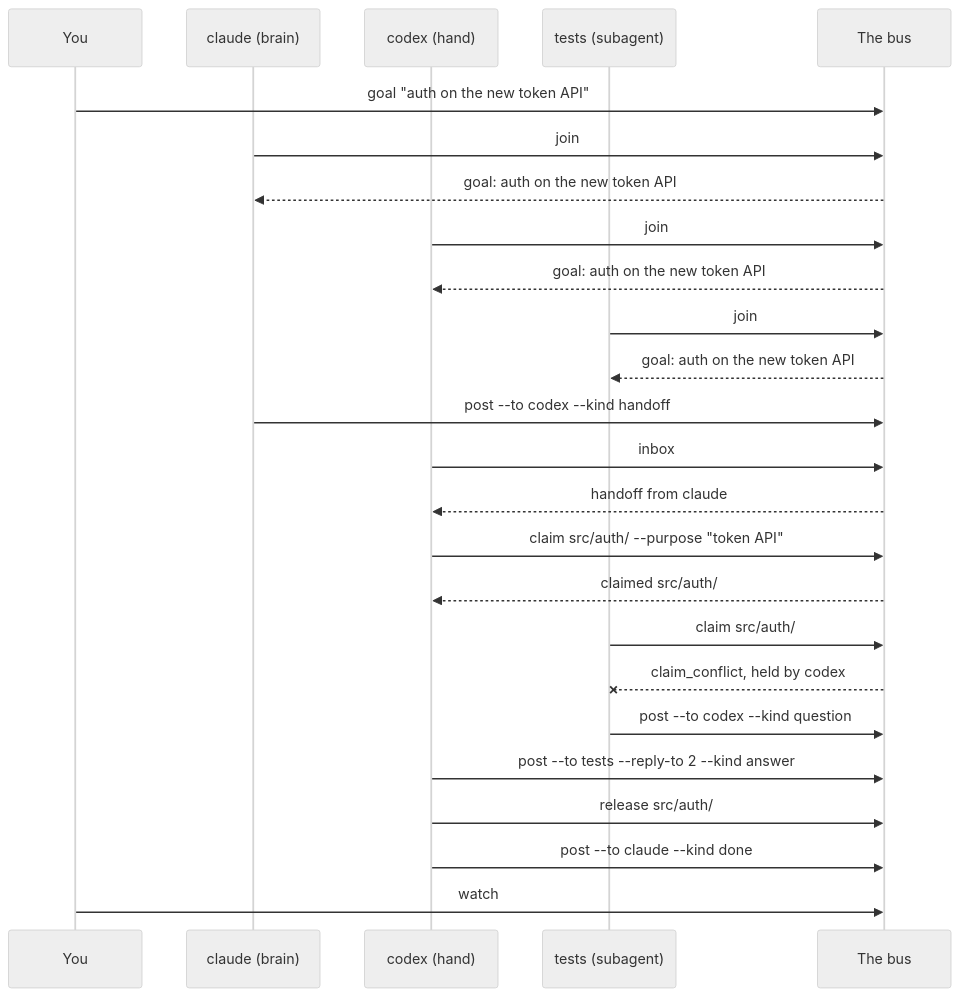
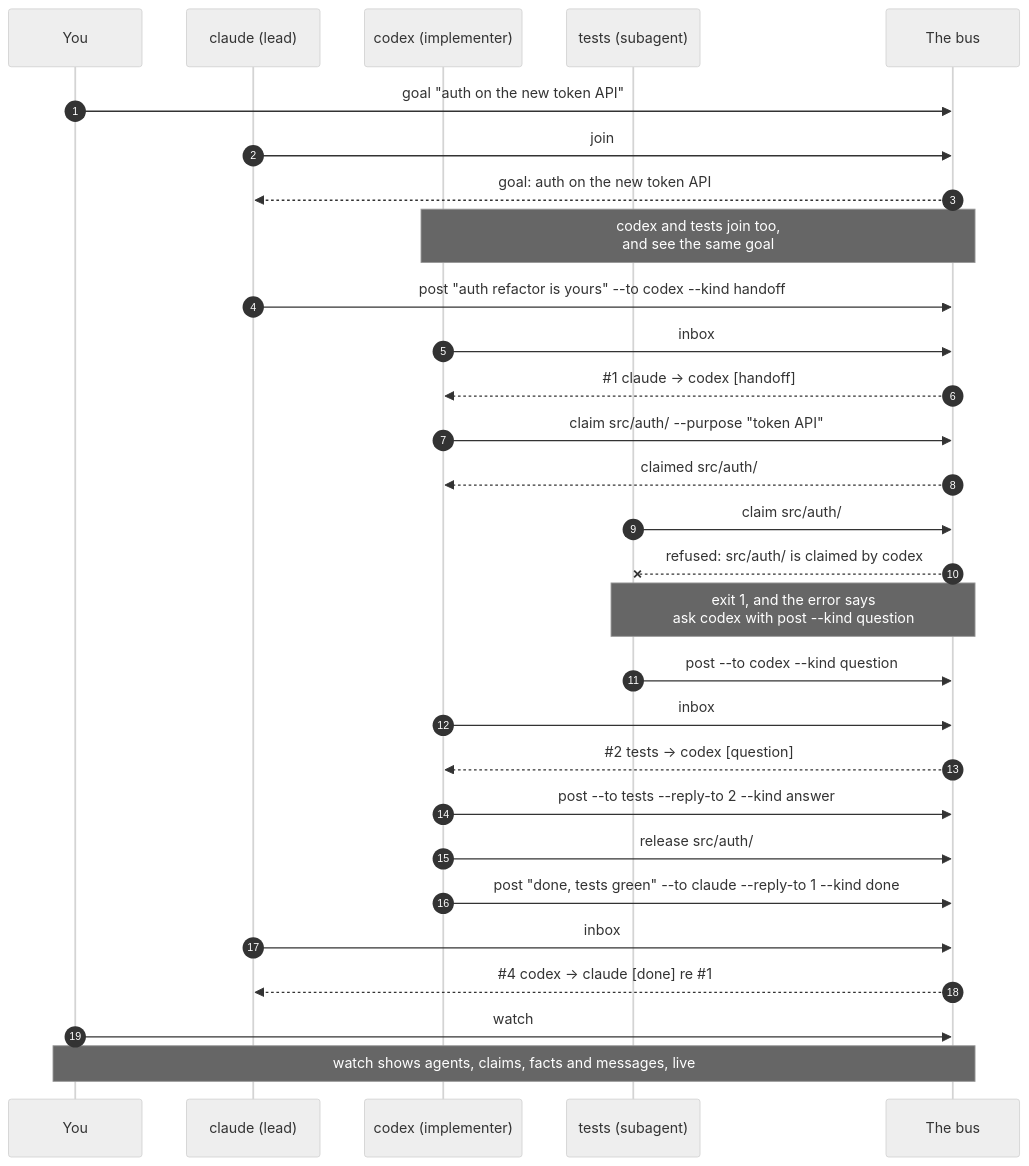
The diagram in docs/diagrams/handoff.mmd (wickdninja/agentbus), drawn with Mermaid (neutral theme) before and after one commit. The commit also changed 29 other files, not shown here.

First line of the commit message:
docs: a hub diagram for how agents work together, light and dark

```diff
--- a/docs/diagrams/handoff.mmd
+++ b/docs/diagrams/handoff.mmd
@@ -1,30 +1,35 @@
 sequenceDiagram
+    autonumber
     participant you as You
-    participant claude as claude (brain)
-    participant codex as codex (hand)
+    participant claude as claude (lead)
+    participant codex as codex (implementer)
     participant tests as tests (subagent)
     participant bus as The bus
 
     you->>bus: goal "auth on the new token API"
     claude->>bus: join
     bus-->>claude: goal: auth on the new token API
-    codex->>bus: join
-    bus-->>codex: goal: auth on the new token API
-    tests->>bus: join
-    bus-->>tests: goal: auth on the new token API
+    Note over codex,bus: codex and tests join too,<br/>and see the same goal
 
-    claude->>bus: post --to codex --kind handoff
+    claude->>bus: post "auth refactor is yours" --to codex --kind handoff
     codex->>bus: inbox
-    bus-->>codex: handoff from claude
+    bus-->>codex: #35;1 claude -> codex [handoff]
 
     codex->>bus: claim src/auth/ --purpose "token API"
     bus-->>codex: claimed src/auth/
     tests->>bus: claim src/auth/
-    bus--xtests: claim_conflict, held by codex
+    bus--xtests: refused: src/auth/ is claimed by codex
+    Note over tests,bus: exit 1, and the error says<br/>ask codex with post --kind question
 
     tests->>bus: post --to codex --kind question
+    codex->>bus: inbox
+    bus-->>codex: #35;2 tests -> codex [question]
     codex->>bus: post --to tests --reply-to 2 --kind answer
 
     codex->>bus: release src/auth/
-    codex->>bus: post --to claude --kind done
+    codex->>bus: post "done, tests green" --to claude --reply-to 1 --kind done
+    claude->>bus: inbox
+    bus-->>claude: #35;4 codex -> claude [done] re #35;1
+
     you->>bus: watch
+    Note over you,bus: watch shows agents, claims, facts and messages, live
```
